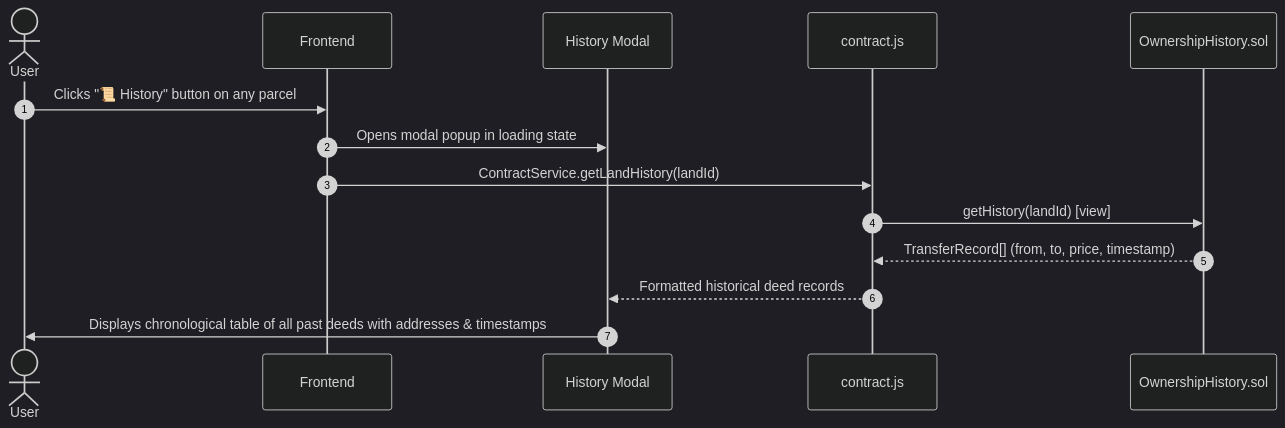
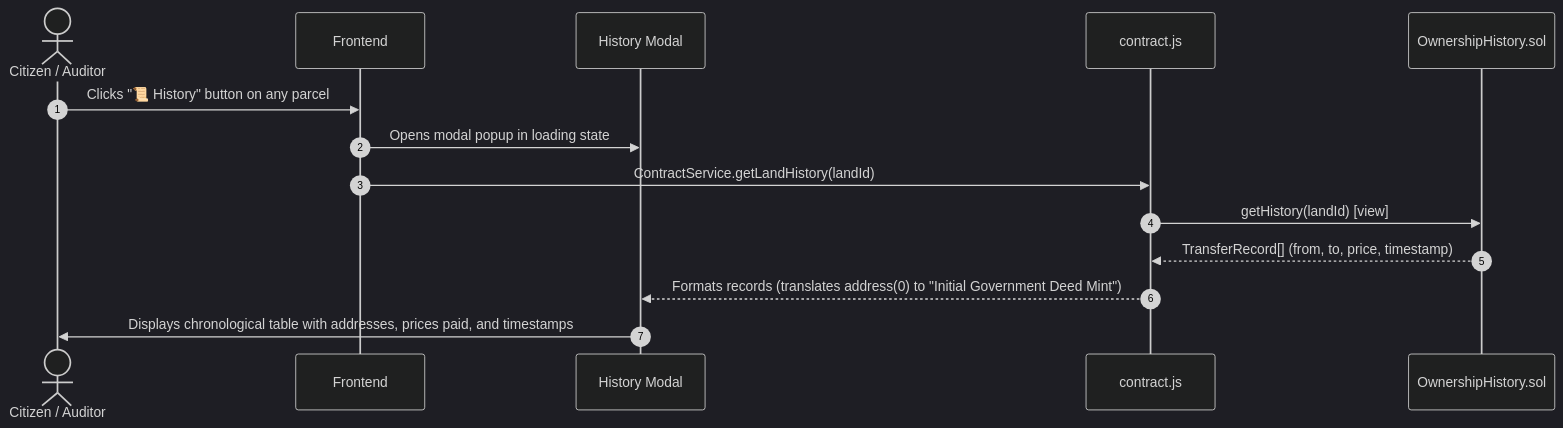
The fifth of 5 diagrams in WORKING.md (Darsh0002/Blockchain-Land-registry), drawn with Mermaid (dark theme) before and after one commit. The commit also changed other lines of this file and 14 other files, not shown here.

````diff
--- a/WORKING.md
+++ b/WORKING.md
@@ -228,17 +228,17 @@
 ```mermaid
 sequenceDiagram
     autonumber
-    actor User
+    actor User as Citizen / Auditor
     participant UI as Frontend
     participant Modal as History Modal
     participant Service as contract.js
     participant OH as OwnershipHistory.sol
 
     User->>UI: Clicks "📜 History" button on any parcel
     UI->>Modal: Opens modal popup in loading state
     UI->>Service: ContractService.getLandHistory(landId)
     Service->>OH: getHistory(landId) [view]
     OH-->>Service: TransferRecord[] (from, to, price, timestamp)
-    Service-->>Modal: Formatted historical deed records
-    Modal->>User: Displays chronological table of all past deeds with addresses & timestamps
+    Service-->>Modal: Formats records (translates address(0) to "Initial Government Deed Mint")
+    Modal->>User: Displays chronological table with addresses, prices paid, and timestamps
 ```
````
